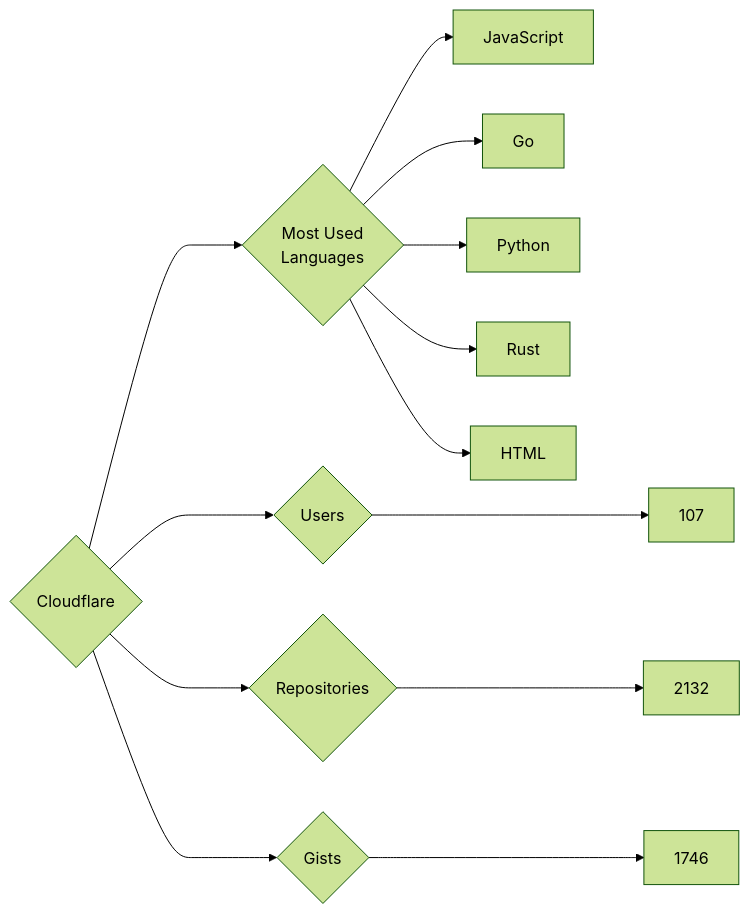
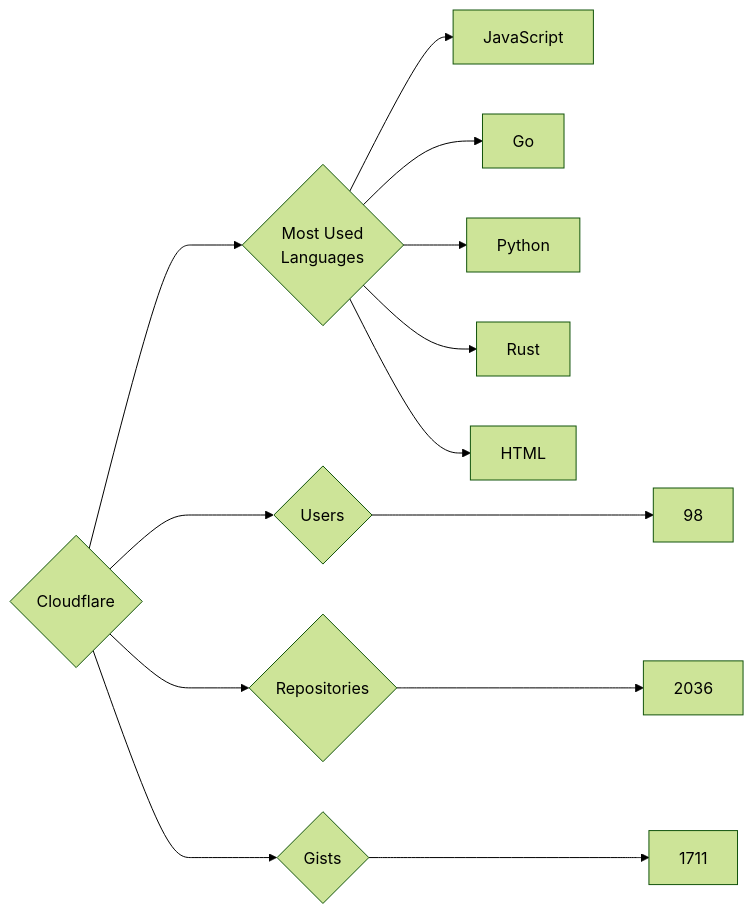
The diagram in targets/Cloudflare/README.md (trickest/insiders), drawn with Mermaid (forest theme) before and after one commit. The commit also changed 714 other files, not shown here.

````diff
--- a/targets/Cloudflare/README.md
+++ b/targets/Cloudflare/README.md
@@ -3,13 +3,13 @@
 ```mermaid
 graph LR
 COMPANY_NAME{Cloudflare}
-COMPANY_NAME ---> U{Users} ---> UN[107]
-COMPANY_NAME ---> R{Repositories} ---> RN[2132]
-COMPANY_NAME ---> G{Gists} ---> GN[1746]
+COMPANY_NAME ---> U{Users} ---> UN[98]
+COMPANY_NAME ---> R{Repositories} ---> RN[2036]
+COMPANY_NAME ---> G{Gists} ---> GN[1711]
 COMPANY_NAME ---> ML{Most Used<br>Languages}
 ML --> JavaScript[JavaScript]
 ML --> Go[Go]
 ML --> Python[Python]
 ML --> Rust[Rust]
 ML --> HTML[HTML]
 ```
````
